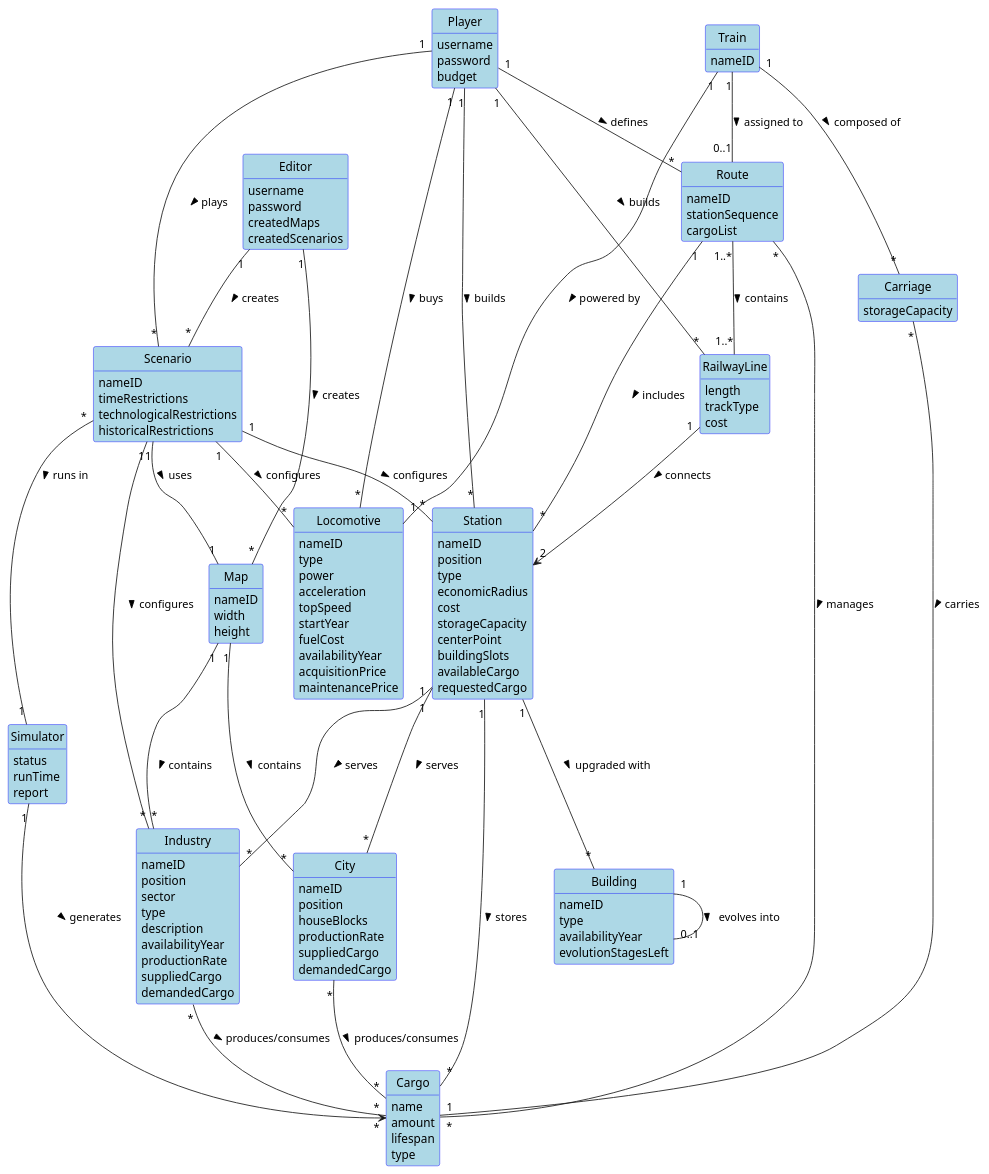
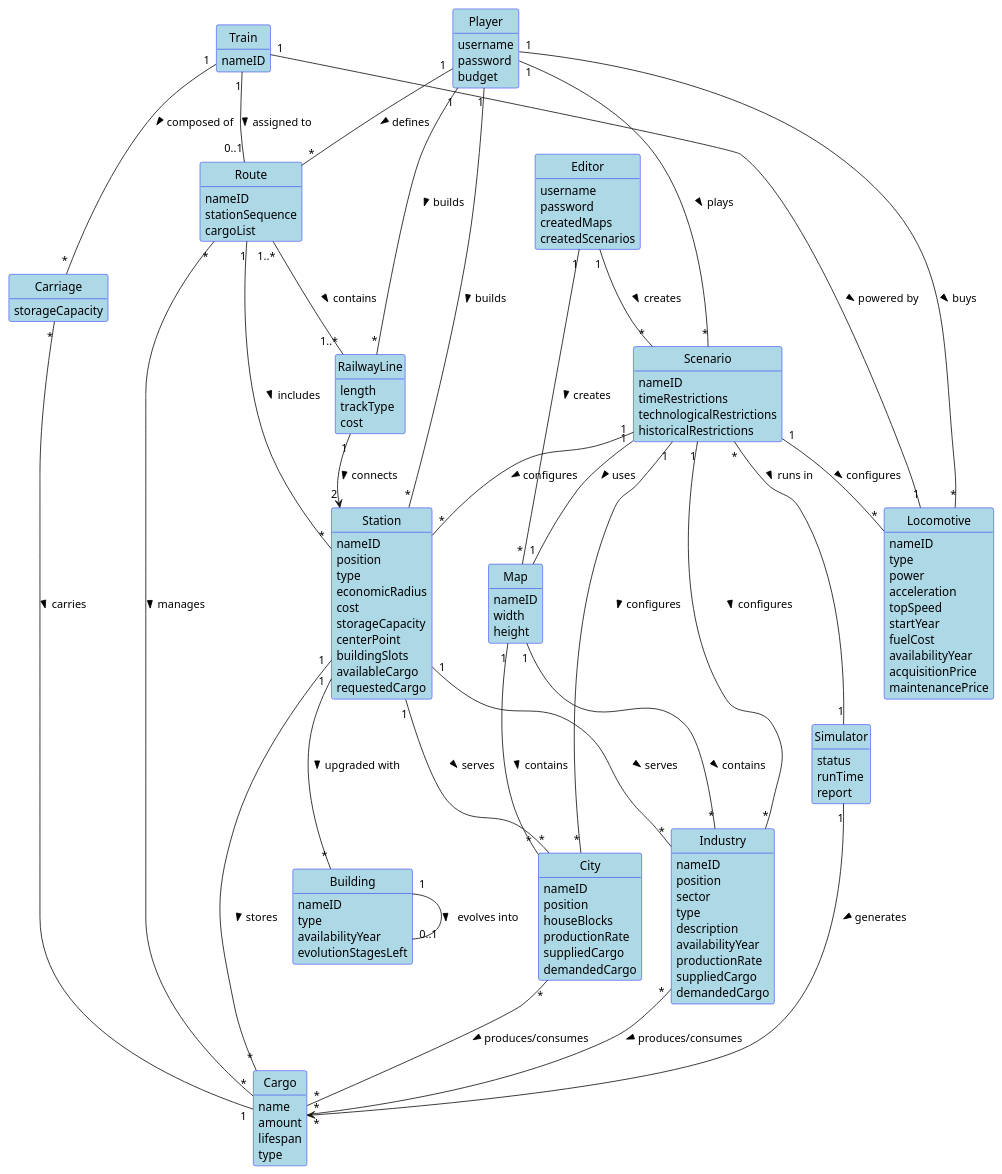
The diagram in docs/system-documentation/global-artifacts/02.analysis/puml/DomainModel_ESOFT.puml (HenriqueSilva18/Railway-Network-Simulator), drawn with PlantUML before and after one commit. The commit also changed 8 other files, not shown here.

```diff
--- a/docs/system-documentation/global-artifacts/02.analysis/puml/DomainModel_ESOFT.puml
+++ b/docs/system-documentation/global-artifacts/02.analysis/puml/DomainModel_ESOFT.puml
@@ -1,164 +1,167 @@
 @startuml
 skinparam shadowing false
 skinparam classAttributeIconSize 0
 skinparam class {
   BackgroundColor LightBlue
   BorderColor Blue
 }
 skinparam enum {
   BackgroundColor LightBlue
   BorderColor Blue
 }
 hide circle
 hide methods
 
 class Player {
   username
   password
   budget
 }
 class Editor {
     username
     password
     createdMaps
     createdScenarios
 }
 class Map {
   nameID
   width
   height
 }
 class Scenario {
   nameID
   timeRestrictions
   technologicalRestrictions
   historicalRestrictions
 }
 class Simulator {
   status
   runTime
   report
 }
 class City {
   nameID
   position
   houseBlocks
   productionRate
   suppliedCargo
   demandedCargo
 }
 
 class Industry {
   nameID
   position
   sector
   type
   description
   availabilityYear
   productionRate
   suppliedCargo
   demandedCargo
 }
 
 
 class Cargo {
   name
   amount
   lifespan
   type
 }
 class Station {
   nameID
   position
   type
   economicRadius
   cost
   storageCapacity
   centerPoint
   buildingSlots
   availableCargo
   requestedCargo
 }
 class Building {
   nameID
   type
   availabilityYear
   evolutionStagesLeft
 }
 class RailwayLine {
   length
   trackType
   cost
 }
 class Locomotive {
   nameID
   type
   power
   acceleration
   topSpeed
   startYear
   fuelCost
   availabilityYear
   acquisitionPrice
   maintenancePrice
 }
 class Train {
   nameID
 }
 class Carriage {
   storageCapacity
 }
 class Route {
   nameID
   stationSequence
   cargoList
 }
 
 
 
 ' Relationships with revised multiplicities
 
 Editor "1" -- "*" Map : creates >
 Editor "1" -- "*" Scenario : creates >
 
 Scenario "1" -- "1" Map : uses >
 Player "1" -- "*" Scenario : plays >
 Scenario "*" -- "1" Simulator : runs in >
 
 Map "1" -- "*" City : contains >
 Map "1" -- "*" Industry : contains >
 
 Industry "*" -- "*" Cargo : produces/consumes >
 City "*" -- "*" Cargo : produces/consumes >
 
 Player "1" -- "*" Station : builds >
 Player "1" -- "*" RailwayLine : builds >
 Station "1" -- "*" Building : upgraded with >
 
 Station "1" -- "*" City : serves >
 Station "1" -- "*" Industry : serves >
 Station "1" -- "*" Cargo : stores >
 
 RailwayLine "1" --> "2" Station : connects >
 
 Player "1" -- "*" Locomotive : buys >
 Train "1" -- "1" Locomotive : powered by >
 Train "1" -- "*" Carriage : composed of >
 Carriage "*" -- "1" Cargo : carries >
 
 Train "1" -- "0..1" Route : assigned to >
 Route "1" -- "*" Station : includes >
 Route "*" -- "*" Cargo : manages >
 
 Scenario "1" -- "*" Locomotive : configures >
 Scenario "1" -- "*" Industry : configures >
 Scenario "1" -- "*" Station : configures >
 
 Route "1..*"-- "1..*" RailwayLine: contains >
 
 Building "1" -- "0..1" Building : evolves into >
 
 Player "1" -- "*" Route: defines >
 
 Simulator "1" --> "*" Cargo : generates >
+
+Scenario "1" -- "*" City : configures >
+
 @enduml
```
